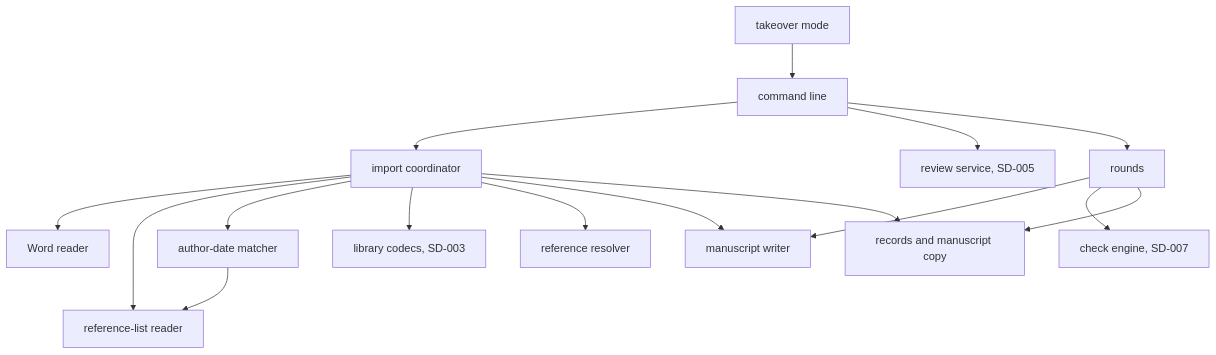
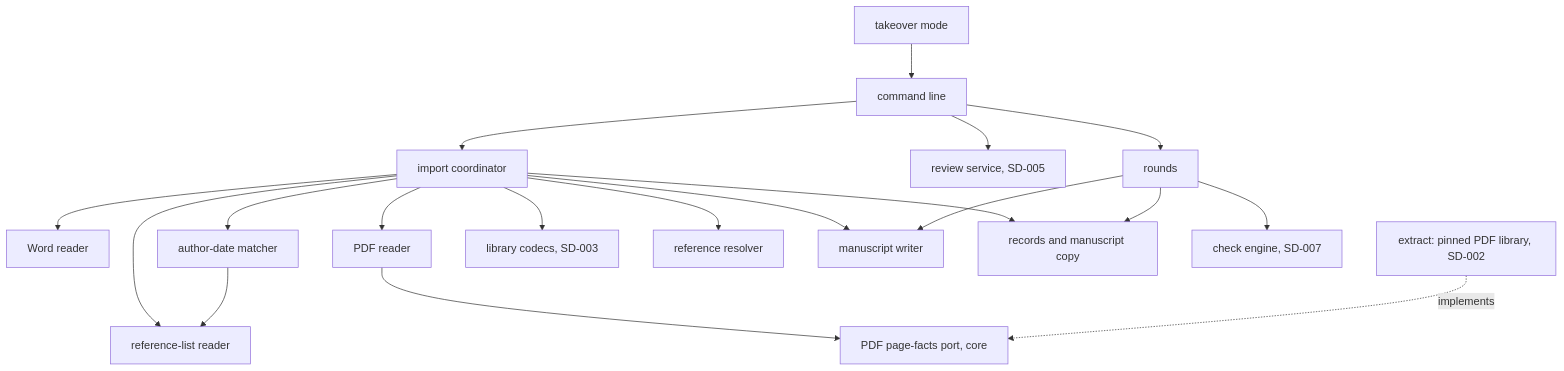
One commit to DocumentDrivenDX/stemma changed the second of 2 diagrams in docs/stemma/02-design/solution-designs/SD-015-takeover-of-existing-projects.md. Above: the diagram before and after it, drawn with Mermaid. The commit also changed other lines of this file and 9 other files, not shown here.

````diff
--- a/docs/stemma/02-design/solution-designs/SD-015-takeover-of-existing-projects.md
+++ b/docs/stemma/02-design/solution-designs/SD-015-takeover-of-existing-projects.md
@@ -255,18 +331,21 @@
 ```mermaid
 graph TD
     Mode["takeover mode"] --> CLI["command line"]
     CLI --> Coord["import coordinator"]
     Coord --> Word["Word reader"]
+    Coord --> Pdf["PDF reader"]
+    Pdf --> Port["PDF page-facts port, core"]
+    Extract["extract: pinned PDF library, SD-002"] -.implements.-> Port
     Coord --> Lists["reference-list reader"]
     Coord --> Dates["author-date matcher"]
     Dates --> Lists
     Coord --> Codecs["library codecs, SD-003"]
     Coord --> Resolve["reference resolver"]
     Coord --> Writer["manuscript writer"]
     Coord --> Stores["records and manuscript copy"]
     CLI --> Review["review service, SD-005"]
     CLI --> Rounds["rounds"]
     Rounds --> Writer
     Rounds --> Engine["check engine, SD-007"]
     Rounds --> Stores
 ```
````
